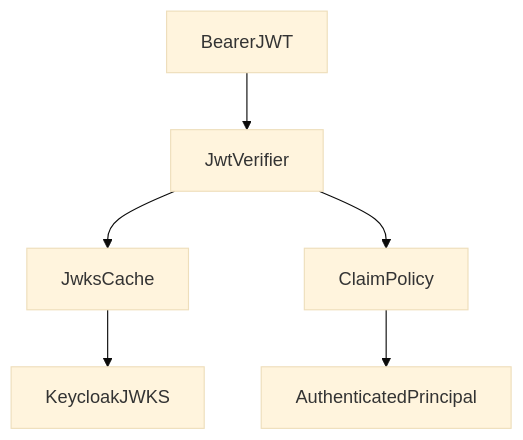
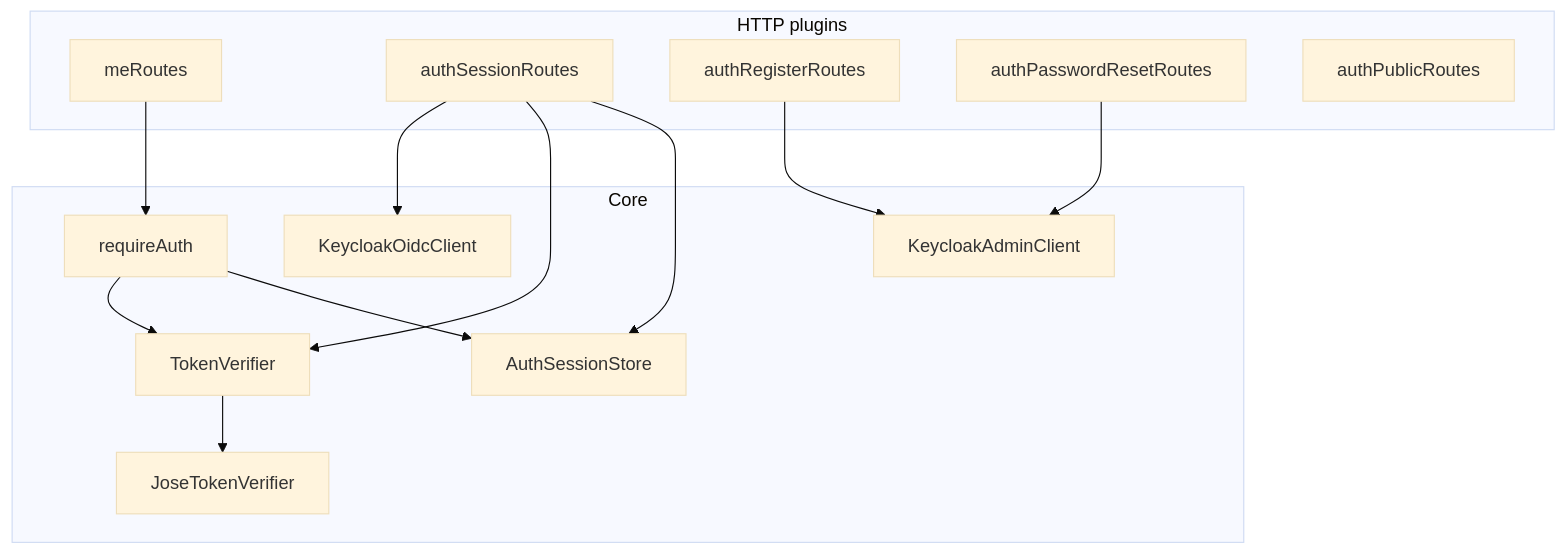
Before and after one commit to TommyKolb/GlossaDocs: the first of 2 diagrams in docs/architecture/modules/identity-access-module.md, drawn with Mermaid (base theme). The commit also changed other lines of this file and 10 other files, not shown here.

````diff
--- a/docs/architecture/modules/identity-access-module.md
+++ b/docs/architecture/modules/identity-access-module.md
@@ -17,8 +28,27 @@
 ```mermaid
 flowchart TB
-  token[BearerJWT] --> verifier[JwtVerifier]
-  verifier --> jwks[JwksCache]
-  jwks --> keycloak[KeycloakJWKS]
-  verifier --> claims[ClaimPolicy]
-  claims --> principal[AuthenticatedPrincipal]
+  subgraph routes [HTTP plugins]
+    me[meRoutes]
+    sess[authSessionRoutes]
+    reg[authRegisterRoutes]
+    pw[authPasswordResetRoutes]
+    pub[authPublicRoutes]
+  end
+  subgraph core [Core]
+    ra[requireAuth]
+    tv[TokenVerifier]
+    jose[JoseTokenVerifier]
+    store[AuthSessionStore]
+    oidc[KeycloakOidcClient]
+    admin[KeycloakAdminClient]
+  end
+  me --> ra
+  sess --> oidc
+  sess --> tv
+  sess --> store
+  reg --> admin
+  pw --> admin
+  ra --> tv
+  tv --> jose
+  ra --> store
 ```
````
